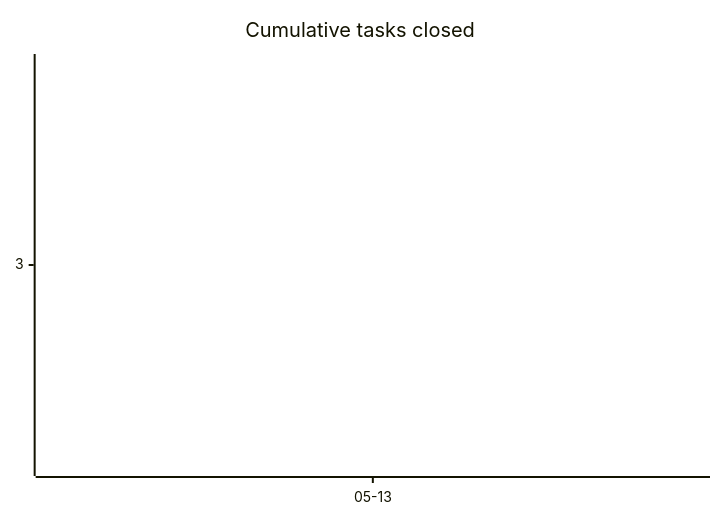
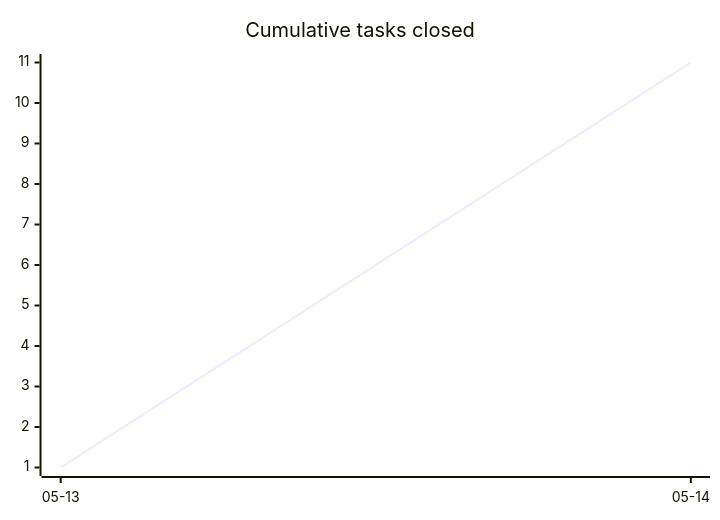
One commit to tgd1975/CircuitSmith changed the first of 3 diagrams in docs/developers/tasks/OVERVIEW.md. Above: the diagram before and after it, drawn with Mermaid. The commit also changed other lines of this file and 43 other files, not shown here.

````diff
--- a/docs/developers/tasks/OVERVIEW.md
+++ b/docs/developers/tasks/OVERVIEW.md
@@ -21,6 +21,6 @@
 ```mermaid
 xychart-beta
     title "Cumulative tasks closed"
-    x-axis ["05-13"]
-    line [3]
+    x-axis ["05-13", "05-14"]
+    line [1, 11]
 ```
````
